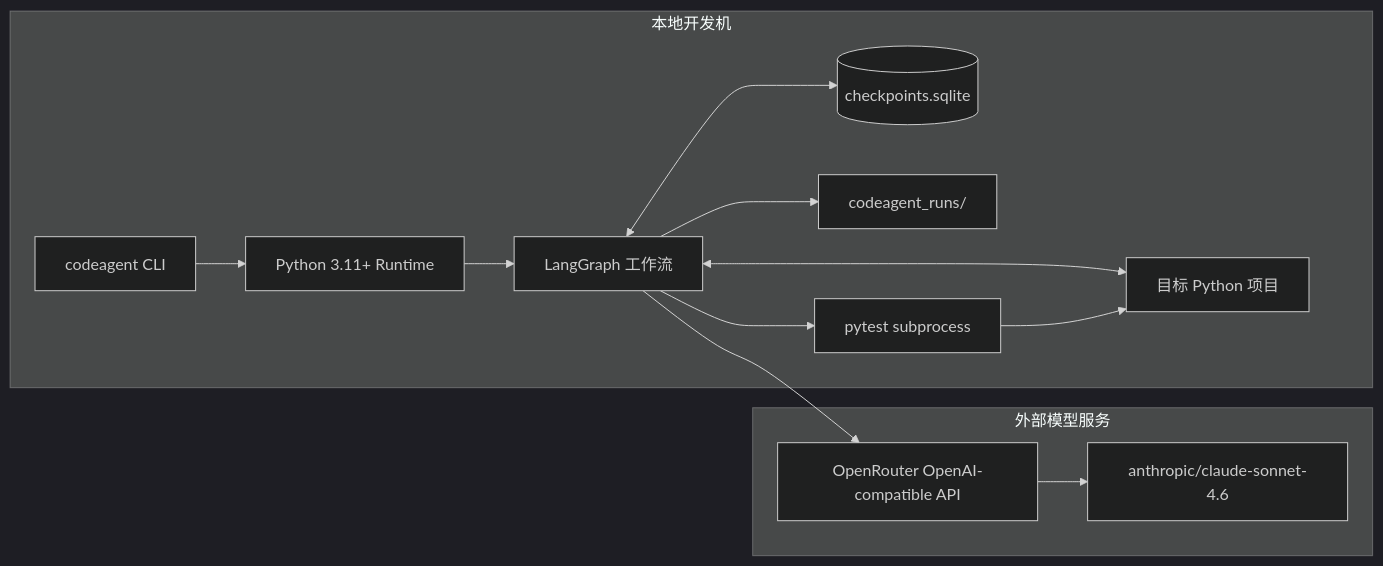
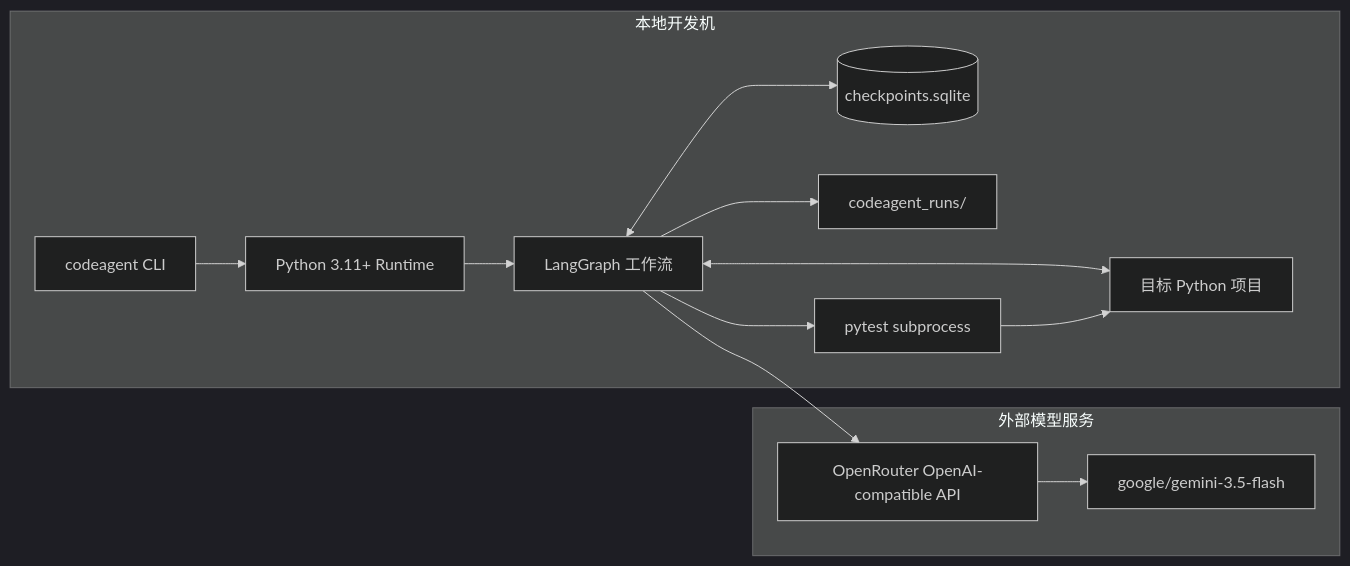
One commit to JerryChen-USTB/CodeAgent changed the third of 3 diagrams in docs/design/01_系统架构设计.md. Above: the diagram before and after it, drawn with Mermaid (dark theme). The commit also changed 67 other files, not shown here.

````diff
--- a/docs/design/01_系统架构设计.md
+++ b/docs/design/01_系统架构设计.md
@@ -148,24 +148,24 @@
 ```mermaid
 flowchart LR
   subgraph Local[本地开发机]
     CLI[codeagent CLI]
     Python[Python 3.11+ Runtime]
     Graph[LangGraph 工作流]
     SQLite[(checkpoints.sqlite)]
     Repo[目标 Python 项目]
     Runs[codeagent_runs/]
     Pytest[pytest subprocess]
   end
 
   subgraph Remote[外部模型服务]
     OpenRouter[OpenRouter OpenAI-compatible API]
-    Claude[anthropic/claude-sonnet-4.6]
+    Gemini[google/gemini-3.5-flash]
   end
 
   CLI --> Python --> Graph
   Graph <--> SQLite
   Graph <--> Repo
   Graph --> Runs
   Graph --> Pytest --> Repo
-  Graph --> OpenRouter --> Claude
+  Graph --> OpenRouter --> Gemini
 ```
````
